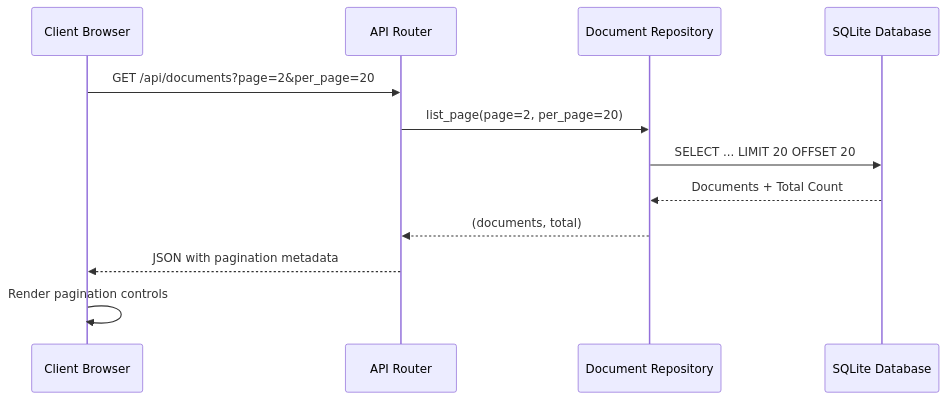
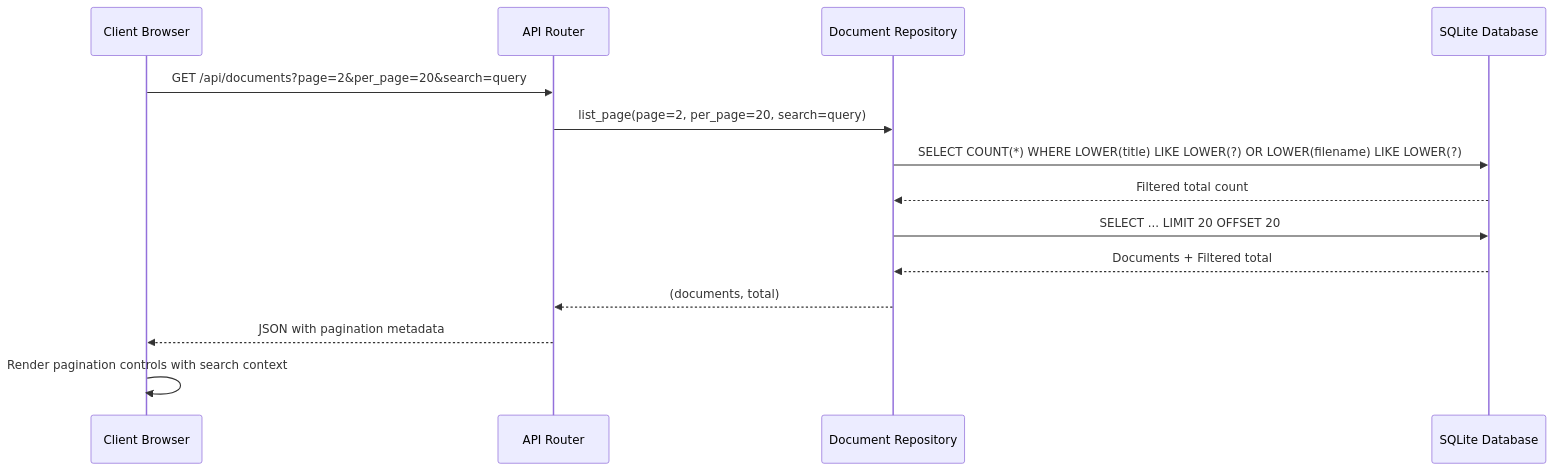
Before and after one commit to ognelis/cafetera_hr_bot: the seventh of 13 diagrams in .qoder/repowiki/en/content/Document Management System.md, drawn with Mermaid. The commit also changed other lines of this file and 6 other files, not shown here.

````diff
--- a/.qoder/repowiki/en/content/Document Management System.md
+++ b/.qoder/repowiki/en/content/Document Management System.md
@@ -252,14 +376,16 @@
 ```mermaid
 sequenceDiagram
 participant Client as Client Browser
 participant API as API Router
 participant Repo as Document Repository
 participant DB as SQLite Database
-Client->>API : GET /api/documents?page=2&per_page=20
-API->>Repo : list_page(page=2, per_page=20)
+Client->>API : GET /api/documents?page=2&per_page=20&search=query
+API->>Repo : list_page(page=2, per_page=20, search=query)
+Repo->>DB : SELECT COUNT(*) WHERE LOWER(title) LIKE LOWER(?) OR LOWER(filename) LIKE LOWER(?)
+DB-->>Repo : Filtered total count
 Repo->>DB : SELECT ... LIMIT 20 OFFSET 20
-DB-->>Repo : Documents + Total Count
+DB-->>Repo : Documents + Filtered total
 Repo-->>API : (documents, total)
 API-->>Client : JSON with pagination metadata
-Client->>Client : Render pagination controls
+Client->>Client : Render pagination controls with search context
 ```
````
